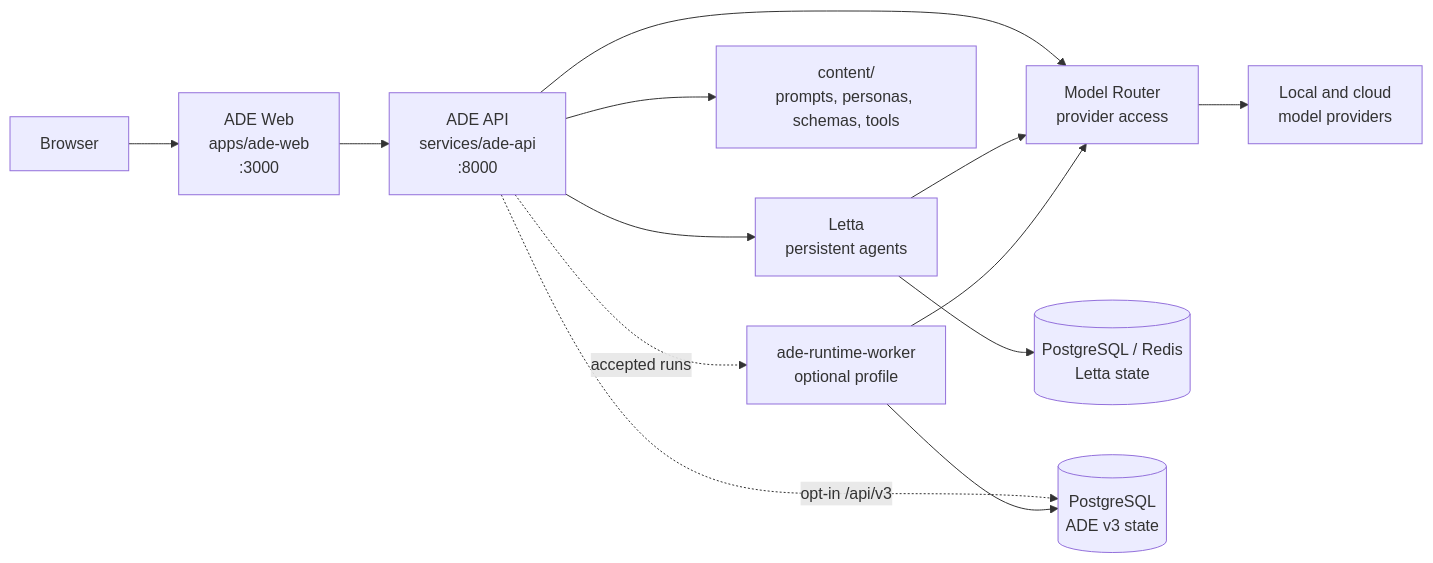
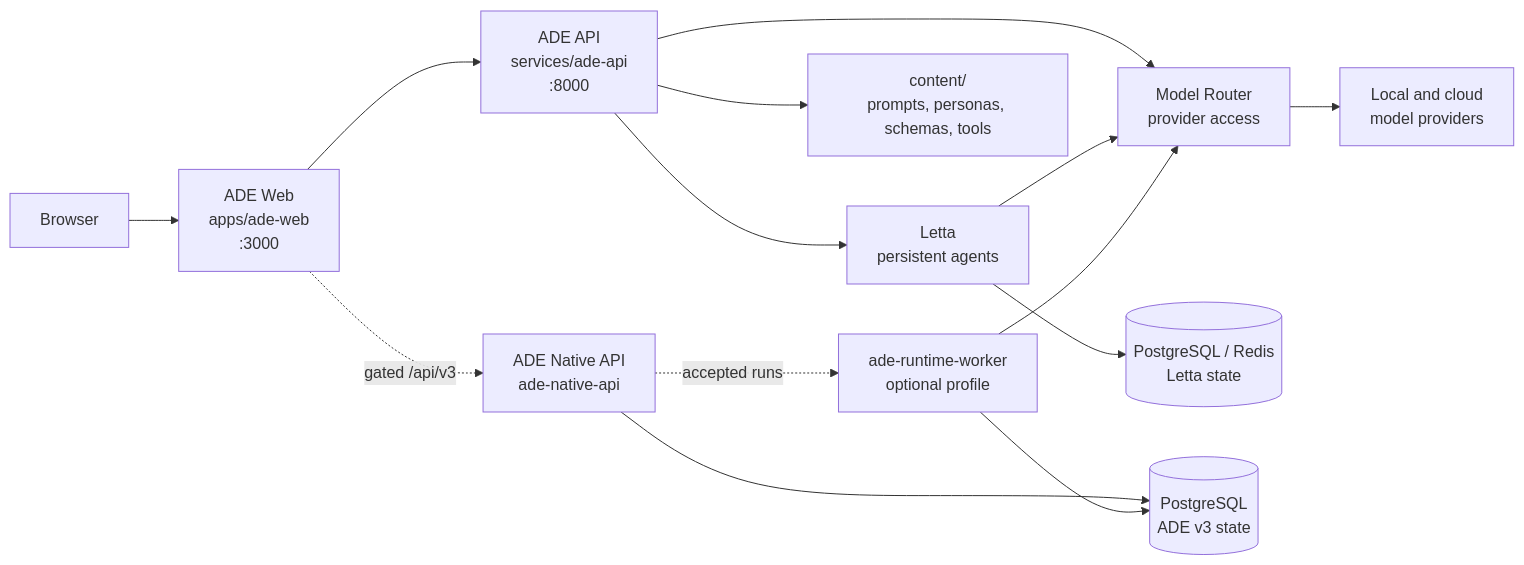
One commit to Wenjun-Mao/Letta-Open-ADE changed the first of 2 diagrams in docs/architecture/overview.md. Above: the diagram before and after it, drawn with Mermaid. The commit also changed other lines of this file and 127 other files, not shown here.

Commit message:
feat: establish evaluation spine and native runtime pilot

````diff
--- a/docs/architecture/overview.md
+++ b/docs/architecture/overview.md
@@ -14,15 +14,16 @@
 ```mermaid
 flowchart LR
     B[Browser] --> W[ADE Web\napps/ade-web\n:3000]
     W --> A[ADE API\nservices/ade-api\n:8000]
     A --> L[Letta\npersistent agents]
     A --> R[Model Router\nprovider access]
     L --> R
     R --> P[Local and cloud\nmodel providers]
     A --> C[content/\nprompts, personas, schemas, tools]
     L --> S[(PostgreSQL / Redis\nLetta state)]
-    A -. opt-in /api/v3 .-> D[(PostgreSQL\nADE v3 state)]
-    A -. accepted runs .-> V[ade-runtime-worker\noptional profile]
+    W -. gated /api/v3 .-> N[ADE Native API\nade-native-api]
+    N --> D[(PostgreSQL\nADE v3 state)]
+    N -. accepted runs .-> V[ade-runtime-worker\noptional profile]
     V --> D
     V --> R
 ```
````
